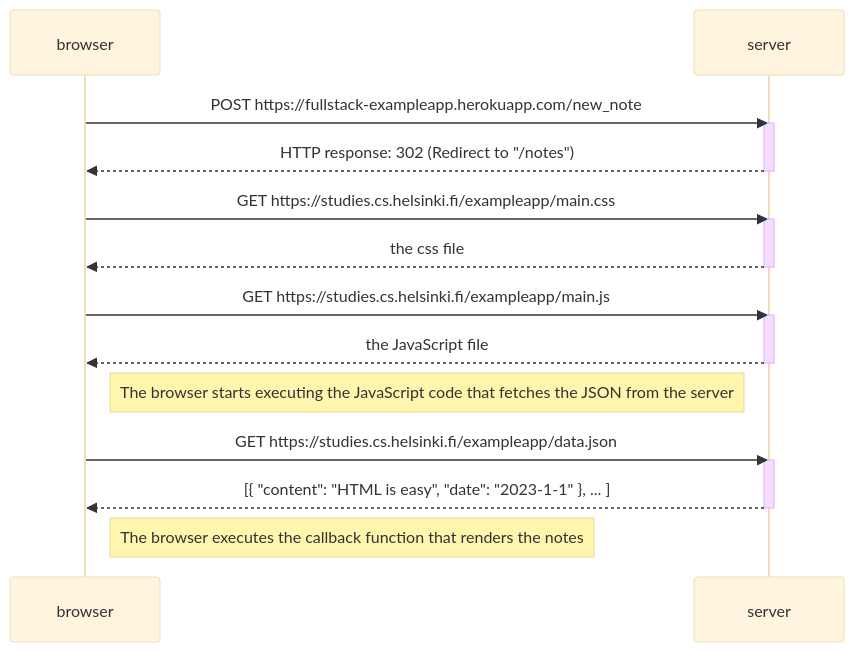
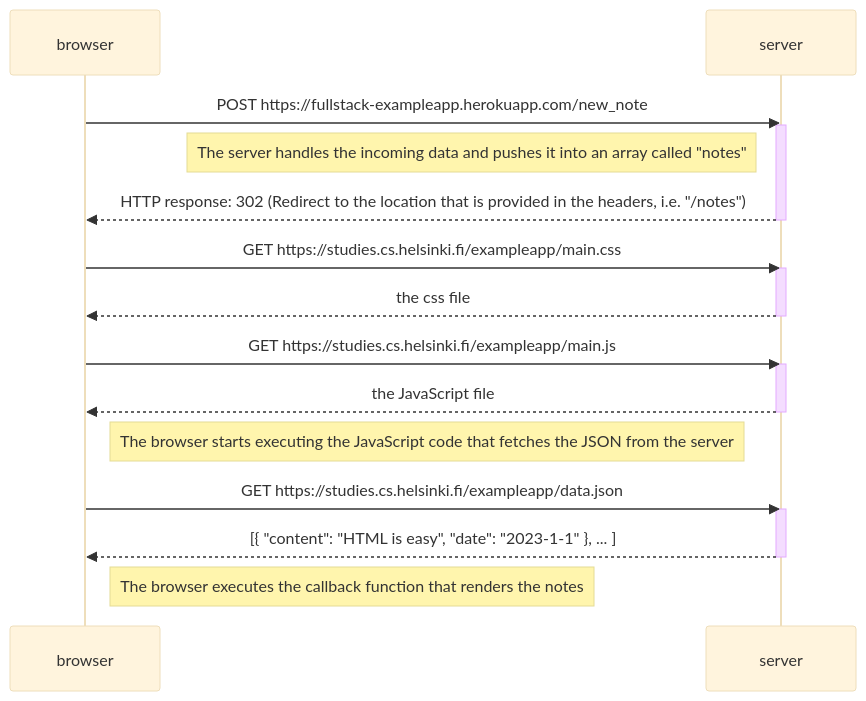
Before and after one commit to ohinkinen/Fullstackopen: the diagram in osa0/0.4_uusi_muistiinpano.md, drawn with Mermaid (base theme).

````diff
--- a/osa0/0.4_uusi_muistiinpano.md
+++ b/osa0/0.4_uusi_muistiinpano.md
@@ -1,30 +1,34 @@
 ```mermaid
 sequenceDiagram
     participant browser
     participant server
     
     browser->>server: POST https://fullstack-exampleapp.herokuapp.com/new_note
     activate server
+
+    Note left of server: The server handles the incoming data and pushes it into an array called "notes"
+
+    server-->>browser: HTTP response: 302 (Redirect to the location that is provided in the headers, i.e. "/notes")
+    deactivate server
+
     
-    server-->>browser: HTTP response: 302 (Redirect to "/notes")
-    deactivate server
     
     browser->>server: GET https://studies.cs.helsinki.fi/exampleapp/main.css
     activate server
     server-->>browser: the css file
     deactivate server
     
     browser->>server: GET https://studies.cs.helsinki.fi/exampleapp/main.js
     activate server
     server-->>browser: the JavaScript file
     deactivate server
     
     Note right of browser: The browser starts executing the JavaScript code that fetches the JSON from the server
     
     browser->>server: GET https://studies.cs.helsinki.fi/exampleapp/data.json
     activate server
     server-->>browser: [{ "content": "HTML is easy", "date": "2023-1-1" }, ... ]
     deactivate server    
 
     Note right of browser: The browser executes the callback function that renders the notes 
 ```
````
